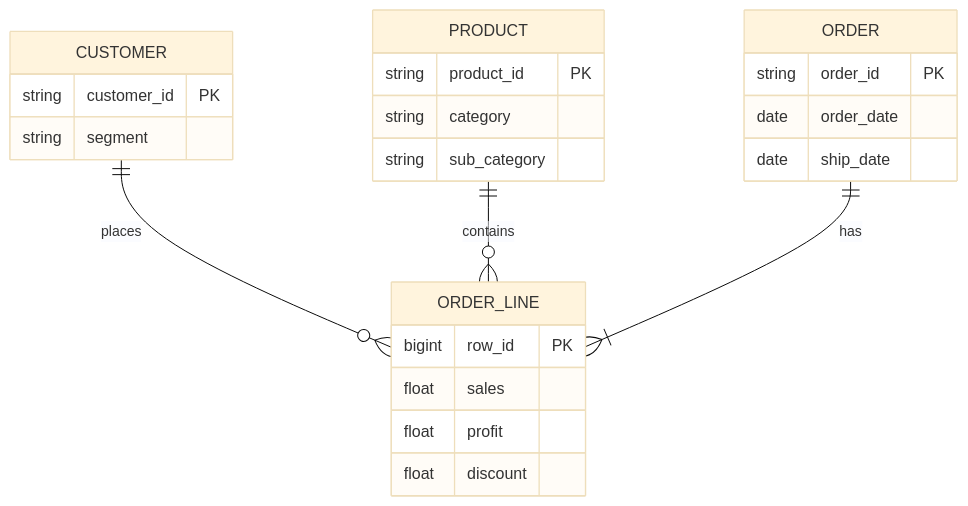
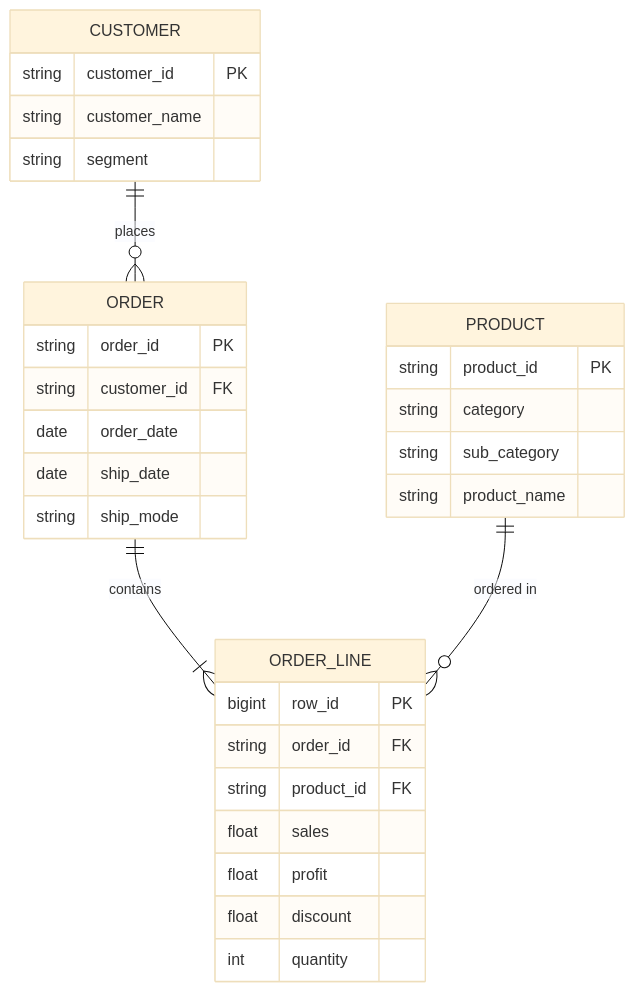
Before and after one commit to lllexalllepexa/testsomeshi: the second of 2 diagrams in README.md, drawn with Mermaid (base theme). The commit also changed 1 other file, not shown here.

Commit message:
docs: improve ER diagram with explicit foreign keys and 3NF order hierarchy

````diff
--- a/README.md
+++ b/README.md
@@ -145,27 +145,34 @@
 ```mermaid
 erDiagram
-    CUSTOMER ||--o{ ORDER_LINE : places
-    PRODUCT  ||--o{ ORDER_LINE : contains
-    ORDER    ||--|{ ORDER_LINE : has
+    CUSTOMER ||--o{ ORDER : "places"
+    ORDER ||--|{ ORDER_LINE : "contains"
+    PRODUCT ||--o{ ORDER_LINE : "ordered in"
 
     CUSTOMER {
         string customer_id PK
+        string customer_name
         string segment
+    }
+    ORDER {
+        string order_id PK
+        string customer_id FK
+        date order_date
+        date ship_date
+        string ship_mode
     }
     PRODUCT {
         string product_id PK
         string category
         string sub_category
-    }
-    ORDER {
-        string order_id PK
-        date order_date
-        date ship_date
+        string product_name
     }
     ORDER_LINE {
         bigint row_id PK
+        string order_id FK
+        string product_id FK
         float sales
         float profit
         float discount
+        int quantity
     }
 ```
````
